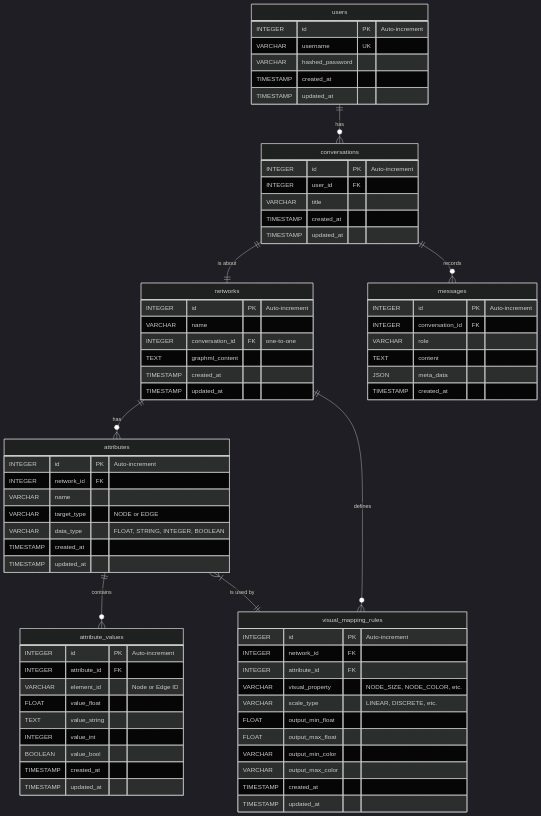
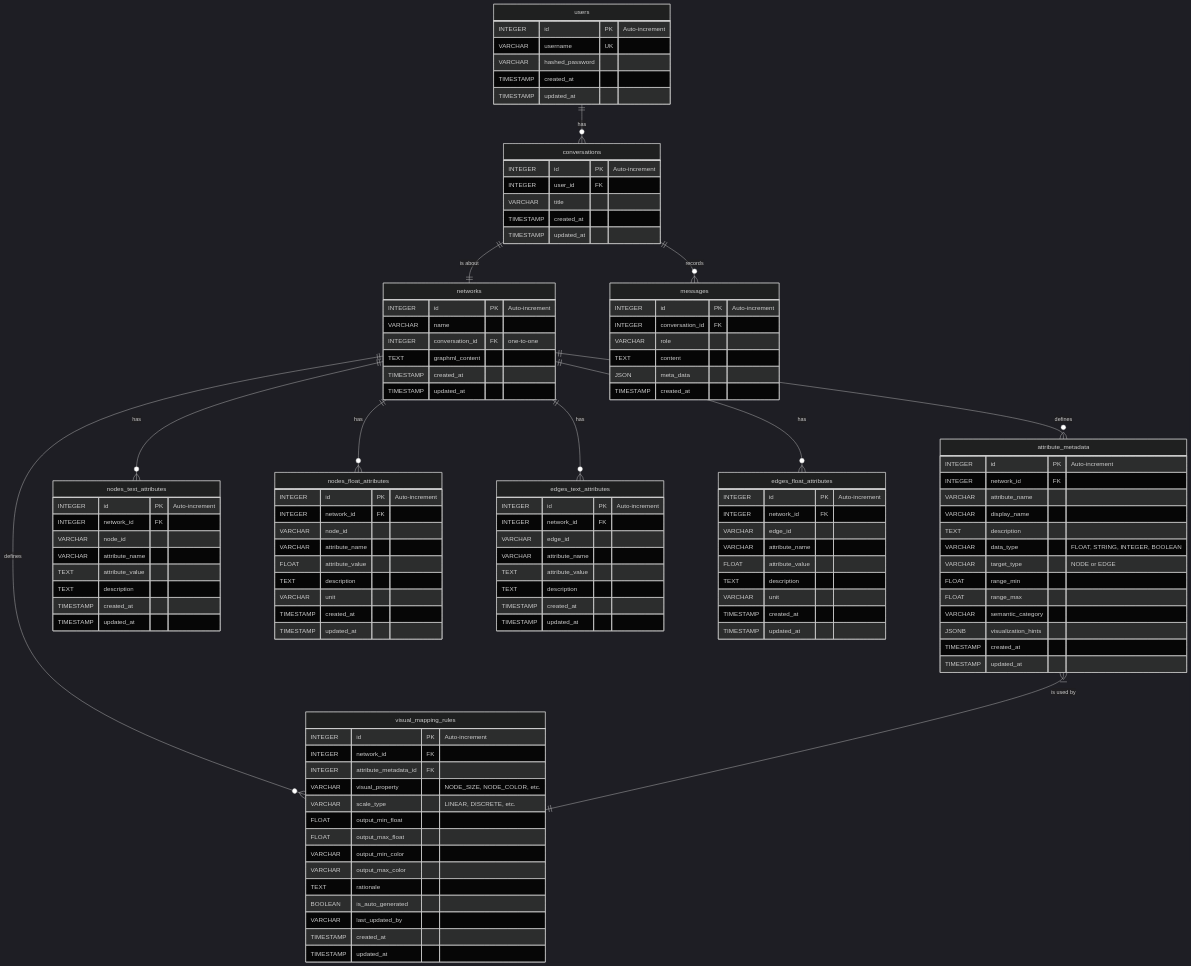
Before and after one commit to vdslab/LLMGraphvis: the diagram in specification/2_Technical_Details/4_Database.md, drawn with Mermaid (dark theme). The commit also changed other lines of this file, not shown here.

Commit message:
Docs: Revise database schema specifications and enhance attribute metadata details

```diff
--- a/specification/2_Technical_Details/4_Database.md
+++ b/specification/2_Technical_Details/4_Database.md
@@ -29,10 +32,13 @@
     users ||--o{ conversations : "has"
     conversations ||--|| networks : "is about"
     conversations ||--o{ messages : "records"
-    networks ||--o{ attributes : "has"
-    attributes ||--o{ attribute_values : "contains"
+    networks ||--o{ attribute_metadata : "defines"
+    networks ||--o{ nodes_text_attributes : "has"
+    networks ||--o{ nodes_float_attributes : "has"
+    networks ||--o{ edges_text_attributes : "has"
+    networks ||--o{ edges_float_attributes : "has"
     networks ||--o{ visual_mapping_rules : "defines"
-    attributes }|--|| visual_mapping_rules : "is used by"
+    attribute_metadata }|--|| visual_mapping_rules : "is used by"
 
     users {
         INTEGER id PK "Auto-increment"
@@ -68,24 +74,64 @@
         TIMESTAMP created_at
     }
 
-    attributes {
+    attribute_metadata {
         INTEGER id PK "Auto-increment"
         INTEGER network_id FK
-        VARCHAR name
+        VARCHAR attribute_name
+        VARCHAR display_name
+        TEXT description
+        VARCHAR data_type "FLOAT, STRING, INTEGER, BOOLEAN"
         VARCHAR target_type "NODE or EDGE"
-        VARCHAR data_type "FLOAT, STRING, INTEGER, BOOLEAN"
+        FLOAT range_min
+        FLOAT range_max
+        VARCHAR semantic_category
+        JSONB visualization_hints
         TIMESTAMP created_at
         TIMESTAMP updated_at
     }
 
-    attribute_values {
+    nodes_text_attributes {
         INTEGER id PK "Auto-increment"
-        INTEGER attribute_id FK
-        VARCHAR element_id "Node or Edge ID"
-        FLOAT value_float
-        TEXT value_string
-        INTEGER value_int
-        BOOLEAN value_bool
+        INTEGER network_id FK
+        VARCHAR node_id
+        VARCHAR attribute_name
+        TEXT attribute_value
+        TEXT description
+        TIMESTAMP created_at
+        TIMESTAMP updated_at
+    }
+
+    nodes_float_attributes {
+        INTEGER id PK "Auto-increment"
+        INTEGER network_id FK
+        VARCHAR node_id
+        VARCHAR attribute_name
+        FLOAT attribute_value
+        TEXT description
+        VARCHAR unit
+        TIMESTAMP created_at
+        TIMESTAMP updated_at
+    }
+
+    edges_text_attributes {
+        INTEGER id PK "Auto-increment"
+        INTEGER network_id FK
+        VARCHAR edge_id
+        VARCHAR attribute_name
+        TEXT attribute_value
+        TEXT description
+        TIMESTAMP created_at
+        TIMESTAMP updated_at
+    }
+
+    edges_float_attributes {
+        INTEGER id PK "Auto-increment"
+        INTEGER network_id FK
+        VARCHAR edge_id
+        VARCHAR attribute_name
+        FLOAT attribute_value
+        TEXT description
+        VARCHAR unit
         TIMESTAMP created_at
         TIMESTAMP updated_at
     }
@@ -93,13 +139,16 @@
     visual_mapping_rules {
         INTEGER id PK "Auto-increment"
         INTEGER network_id FK
-        INTEGER attribute_id FK
+        INTEGER attribute_metadata_id FK
         VARCHAR visual_property "NODE_SIZE, NODE_COLOR, etc."
         VARCHAR scale_type "LINEAR, DISCRETE, etc."
         FLOAT output_min_float
         FLOAT output_max_float
         VARCHAR output_min_color
         VARCHAR output_max_color
+        TEXT rationale
+        BOOLEAN is_auto_generated
+        VARCHAR last_updated_by
         TIMESTAMP created_at
         TIMESTAMP updated_at
     }
```
